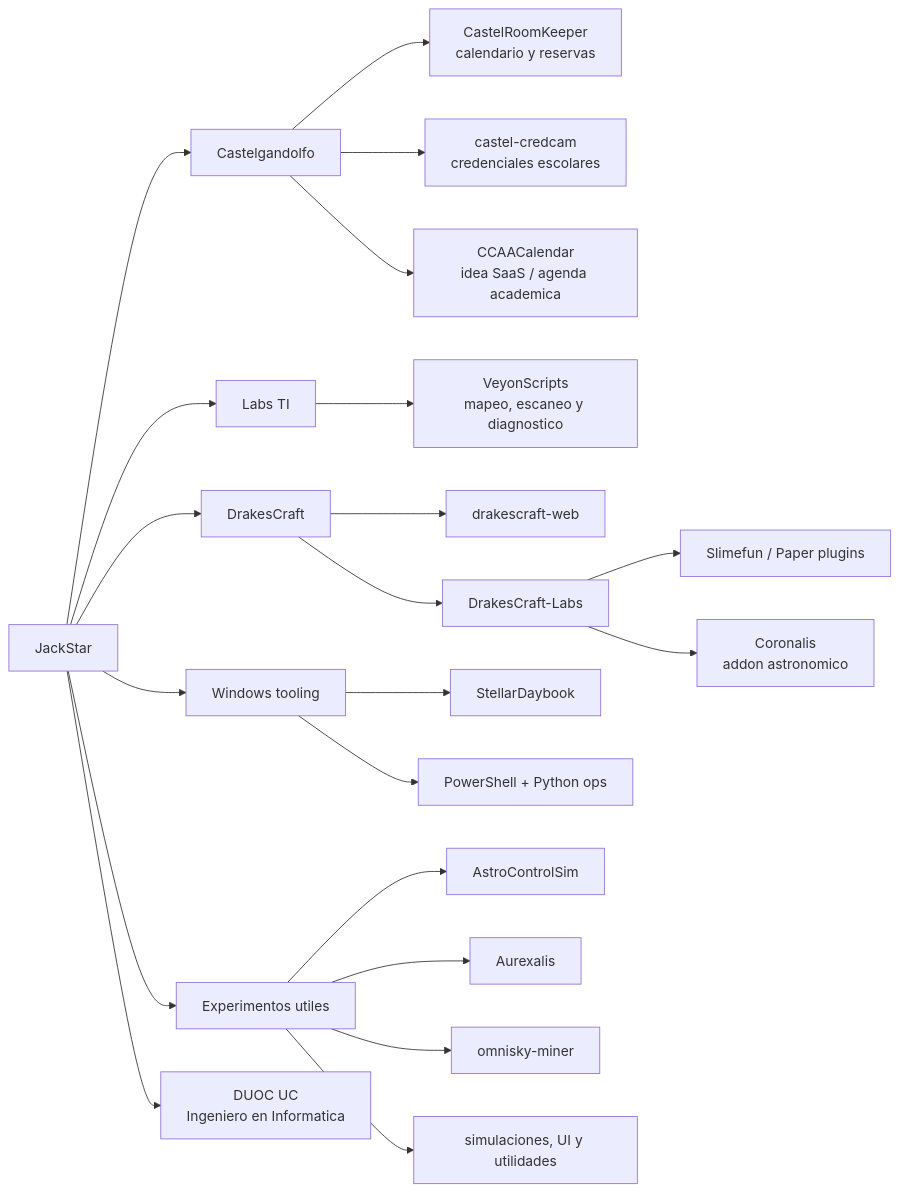
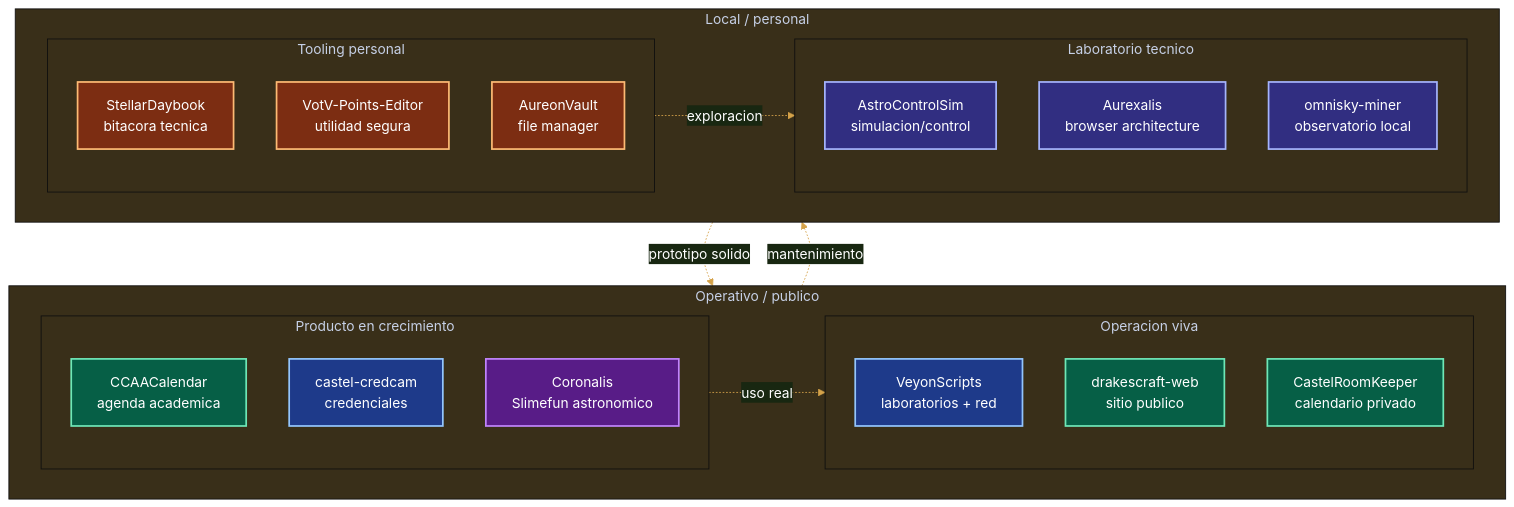
One commit to JackStar6677-1/JackStar6677-1 changed the third of 3 diagrams in README.md. Above: the diagram before and after it, drawn with Mermaid. The commit also changed other lines of this file, not shown here.

Commit message:
docs: mejora diagramas del perfil

````diff
--- a/README.md
+++ b/README.md
@@ -38,28 +161,48 @@
 ```mermaid
-flowchart LR
-  Jack["JackStar"] --> Castel["Castelgandolfo"]
-  Jack --> Drakes["DrakesCraft"]
-  Jack --> LabsTI["Labs TI"]
-  Jack --> Local["Windows tooling"]
-  Jack --> Labs["Experimentos utiles"]
-  Jack --> Base["DUOC UC<br/>Ingeniero en Informatica"]
+%%{init: {"theme": "base", "themeVariables": {"background": "transparent", "primaryColor": "#111827", "primaryTextColor": "#FFFFFF", "primaryBorderColor": "#D4A24A", "lineColor": "#D4A24A", "fontFamily": "Fira Code, Segoe UI, sans-serif"}}}%%
+flowchart TB
+  subgraph Top["Operativo / publico"]
+    direction LR
+    subgraph Q1["Operacion viva"]
+      direction TB
+      Veyon["VeyonScripts<br/>laboratorios + red"]:::ops
+      DrakesWeb["drakescraft-web<br/>sitio publico"]:::product
+      Room["CastelRoomKeeper<br/>calendario privado"]:::product
+    end
 
-  Castel --> CRK["CastelRoomKeeper<br/>calendario y reservas"]
-  Castel --> CredCam["castel-credcam<br/>credenciales escolares"]
-  Castel --> CCAA["CCAACalendar<br/>idea SaaS / agenda academica"]
+    subgraph Q2["Producto en crecimiento"]
+      direction TB
+      CCAA["CCAACalendar<br/>agenda academica"]:::product
+      CredCam["castel-credcam<br/>credenciales"]:::ops
+      Coronalis["Coronalis<br/>Slimefun astronomico"]:::game
+    end
+  end
 
-  LabsTI --> Veyon["VeyonScripts<br/>mapeo, escaneo y diagnostico"]
+  subgraph Bottom["Local / personal"]
+    direction LR
+    subgraph Q3["Tooling personal"]
+      direction TB
+      Daybook["StellarDaybook<br/>bitacora tecnica"]:::local
+      VotV["VotV-Points-Editor<br/>utilidad segura"]:::local
+      Vault["AureonVault<br/>file manager"]:::local
+    end
 
-  Drakes --> Web["drakescraft-web"]
-  Drakes --> Org["DrakesCraft-Labs"]
-  Org --> Plugins["Slimefun / Paper plugins"]
-  Org --> Coronalis["Coronalis<br/>addon astronomico"]
+    subgraph Q4["Laboratorio tecnico"]
+      direction TB
+      Astro["AstroControlSim<br/>simulacion/control"]:::lab
+      Aurex["Aurexalis<br/>browser architecture"]:::lab
+      Omni["omnisky-miner<br/>observatorio local"]:::lab
+    end
+  end
 
-  Local --> Daybook["StellarDaybook"]
-  Local --> Scripts["PowerShell + Python ops"]
+  Q3 -. exploracion .-> Q4
+  Q4 -. prototipo solido .-> Q2
+  Q2 -. uso real .-> Q1
+  Q1 -. mantenimiento .-> Q3
 
-  Labs --> Astro["AstroControlSim"]
-  Labs --> Aurexalis["Aurexalis"]
-  Labs --> Omni["omnisky-miner"]
-  Labs --> Tools["simulaciones, UI y utilidades"]
+  classDef ops fill:#1E3A8A,stroke:#93C5FD,stroke-width:2px,color:#FFFFFF;
+  classDef product fill:#065F46,stroke:#6EE7B7,stroke-width:2px,color:#FFFFFF;
+  classDef game fill:#581C87,stroke:#C084FC,stroke-width:2px,color:#FFFFFF;
+  classDef local fill:#7C2D12,stroke:#FDBA74,stroke-width:2px,color:#FFFFFF;
+  classDef lab fill:#312E81,stroke:#A5B4FC,stroke-width:2px,color:#FFFFFF;
 ```
````
